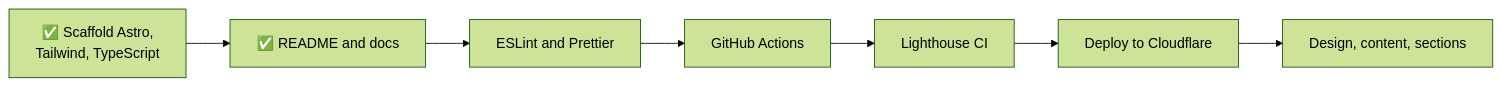
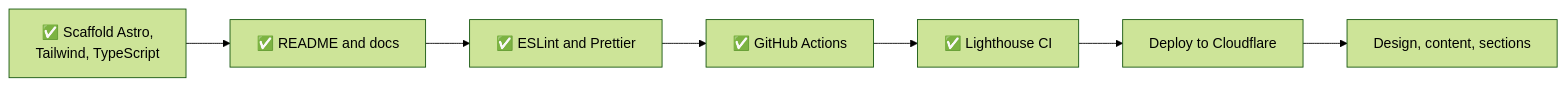
The diagram in README.md (FilipRokita/filiprokita.com), drawn with Mermaid (forest theme) before and after one commit. The commit also changed other lines of this file and 5 other files, not shown here.

````diff
--- a/README.md
+++ b/README.md
@@ -84,9 +86,9 @@
 ```mermaid
 flowchart LR
     A[✅ Scaffold Astro,<br/>Tailwind, TypeScript] --> B[✅ README and docs]
-    B --> C[ESLint and Prettier]
-    C --> D[GitHub Actions]
-    D --> E[Lighthouse CI]
+    B --> C[✅ ESLint and Prettier]
+    C --> D[✅ GitHub Actions]
+    D --> E[✅ Lighthouse CI]
     E --> F[Deploy to Cloudflare]
     F --> G[Design, content, sections]
 ```
````
